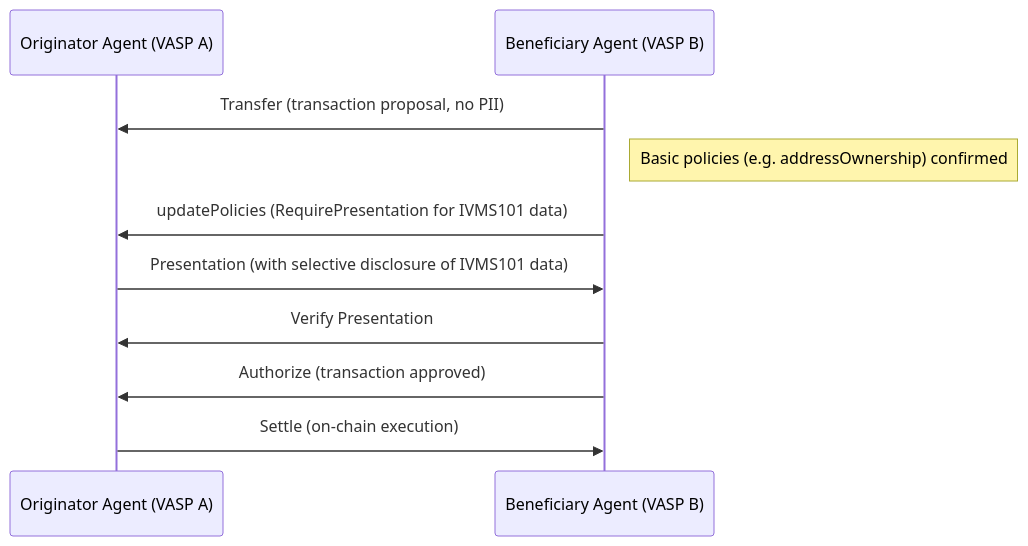
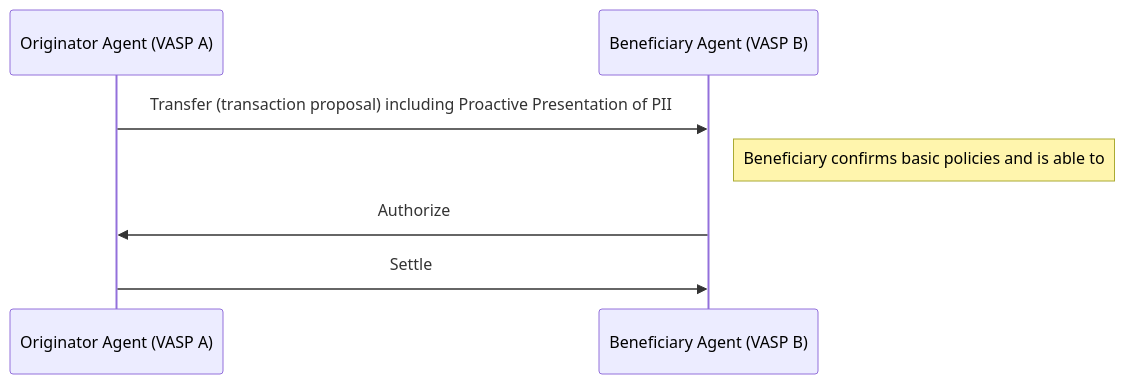
Before and after one commit to TransactionAuthorizationProtocol/TAIPs: the first of 2 diagrams in TAIPs/taip-10.md, drawn with Mermaid. The commit also changed other lines of this file, not shown here.

Commit message:
Clarifying and fixing TR flows

````diff
--- a/TAIPs/taip-10.md
+++ b/TAIPs/taip-10.md
@@ -191,13 +65,10 @@
 ```mermaid
 sequenceDiagram
     participant O as Originator Agent (VASP A)
     participant B as Beneficiary Agent (VASP B)
 
-    B->>O: Transfer (transaction proposal, no PII)
-    note right of B: Basic policies (e.g. addressOwnership) confirmed
-    B->>O: updatePolicies (RequirePresentation for IVMS101 data)
-    O->>B: Presentation (with selective disclosure of IVMS101 data)
-    B->>O: Verify Presentation
-    B->>O: Authorize (transaction approved)
-    O->>B: Settle (on-chain execution)
+    O->>B: Transfer (transaction proposal) including Proactive Presentation of PII
+    note right of B: Beneficiary confirms basic policies and is able to
+    B->>O: Authorize
+    O->>B: Settle
 ```
````
